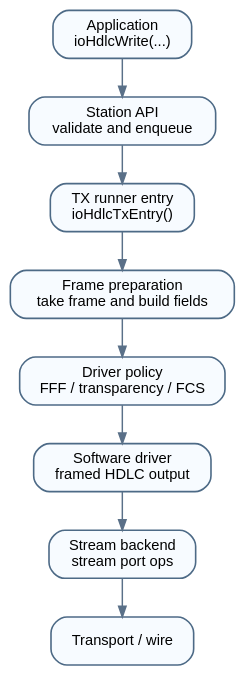
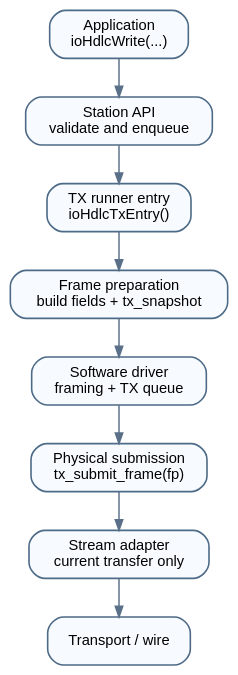
One commit to chibilogic/ioHdlc changed the diagram in doc/diagrams/src/tx_data_flow.dot. Above: the diagram before and after it, drawn with Graphviz. The commit also changed 50 other files, not shown here.

```diff
--- a/doc/diagrams/src/tx_data_flow.dot
+++ b/doc/diagrams/src/tx_data_flow.dot
@@ -1,37 +1,37 @@
 digraph iohdlc_tx_data_flow {
   graph [
     rankdir=TB,
     splines=ortho,
     nodesep=0.35,
     ranksep=0.4,
     bgcolor="transparent"
   ];
 
   node [
     shape=box,
     style="rounded,filled",
     fillcolor="#f7fbff",
     color="#4d6a86",
     penwidth=1.2,
     fontname="Helvetica",
     fontsize=11,
     margin="0.14,0.08"
   ];
 
   edge [
     color="#5a7088",
     penwidth=1.1,
     arrowsize=0.8
   ];
 
   App [label="Application\nioHdlcWrite(...)"];
   Station [label="Station API\nvalidate and enqueue"];
   TxThread [label="TX runner entry\nioHdlcTxEntry()"];
-  Frame [label="Frame preparation\ntake frame and build fields"];
-  Policy [label="Driver policy\nFFF / transparency / FCS"];
-  Driver [label="Software driver\nframed HDLC output"];
-  Backend [label="Stream backend\nstream port ops"];
+  Frame [label="Frame preparation\nbuild fields + tx_snapshot"];
+  Policy [label="Software driver\nframing + TX queue"];
+  Driver [label="Physical submission\ntx_submit_frame(fp)"];
+  Backend [label="Stream adapter\ncurrent transfer only"];
   Wire [label="Transport / wire"];
 
   App -> Station -> TxThread -> Frame -> Policy -> Driver -> Backend -> Wire;
 }
```
